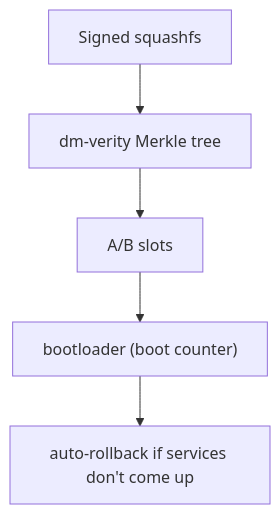
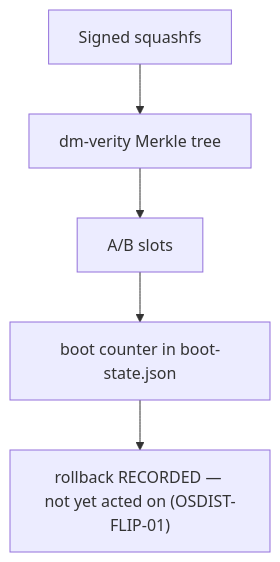
Before and after one commit to vul-os/vulos: the sixth of 6 diagrams in docs/ARCHITECTURE.md, drawn with Mermaid. The commit also changed other lines of this file and 4 other files, not shown here.

First line of the commit message:
docs: stop claiming the A/B slot flip works (OSDIST-FLIP-01)

````diff
--- a/docs/ARCHITECTURE.md
+++ b/docs/ARCHITECTURE.md
@@ -307,7 +307,7 @@
 ```mermaid
 flowchart TD
     A["Signed squashfs"] --> B["dm-verity Merkle tree"]
     B --> C["A/B slots"]
-    C --> D["bootloader (boot counter)"]
-    D --> E["auto-rollback if services don't come up"]
+    C --> D["boot counter in boot-state.json"]
+    D --> E["rollback RECORDED — not yet acted on (OSDIST-FLIP-01)"]
 ```
````
